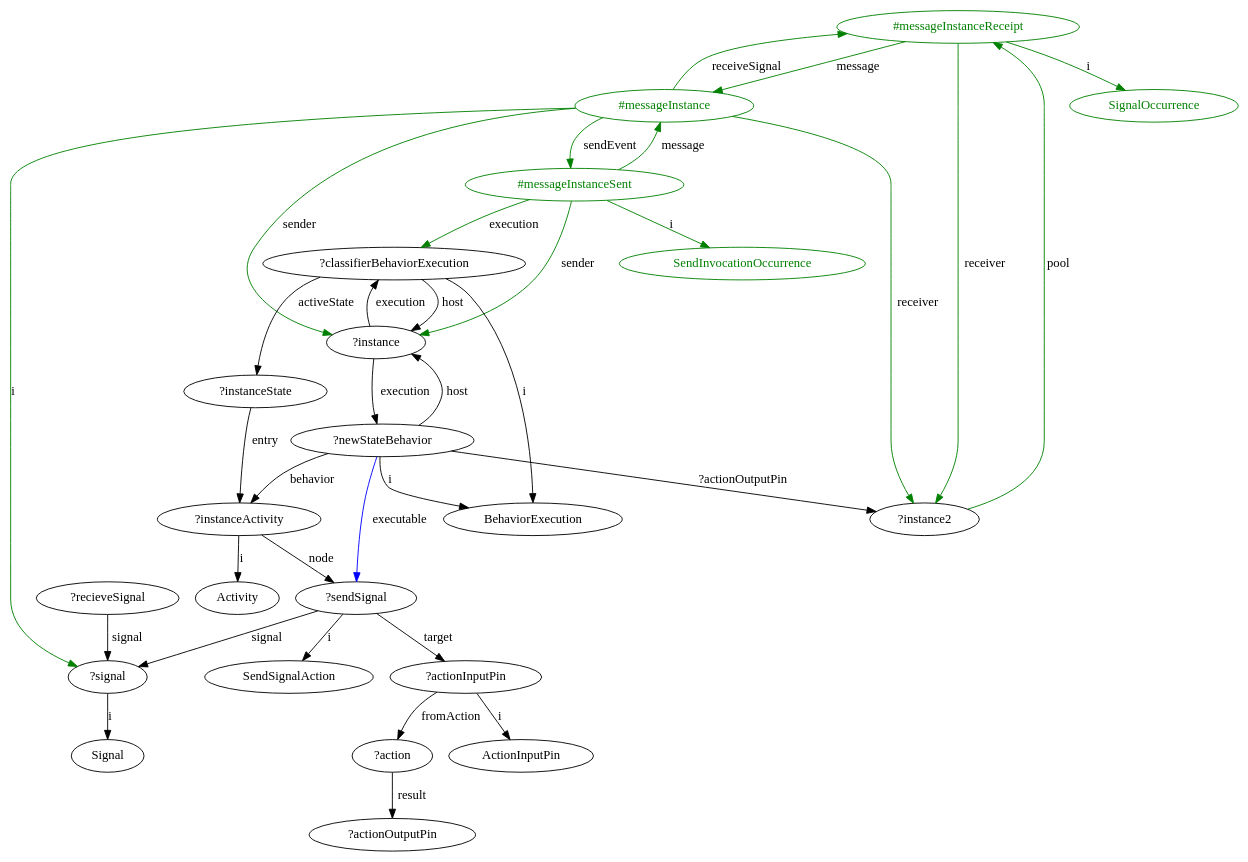
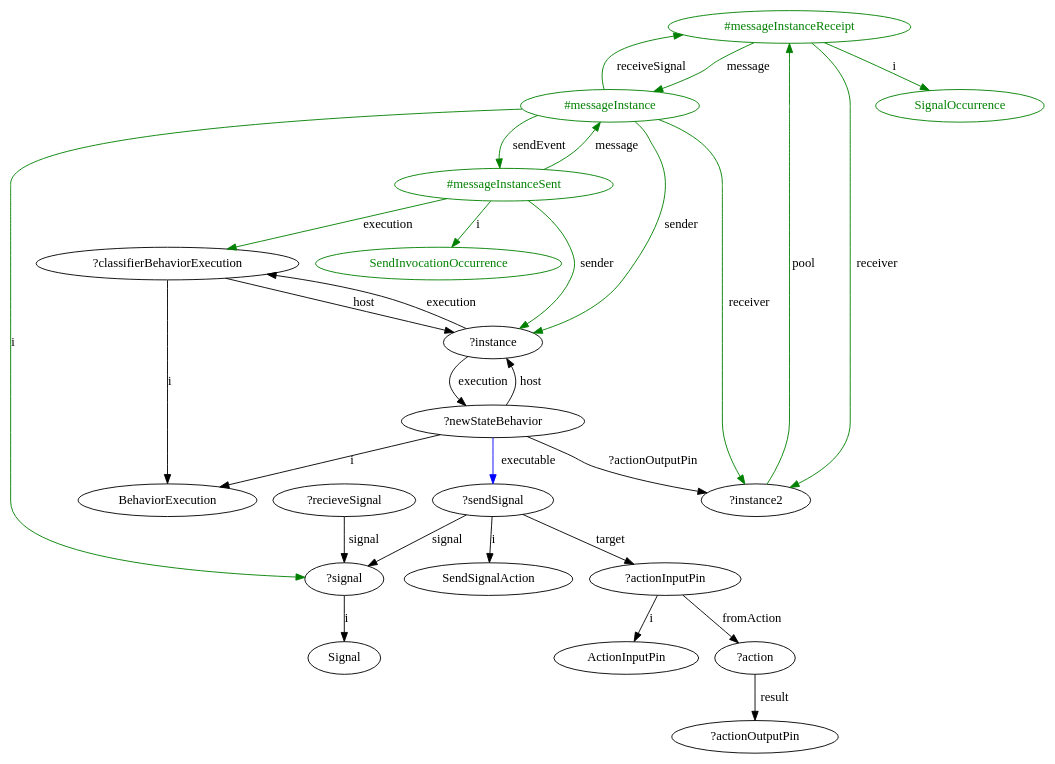
Before and after one commit to luisneiva/graf-framework: the diagram in GraphOutputs/sendSignalAction.dot, drawn with Graphviz. The commit also changed 14 other files, not shown here.

```diff
--- a/GraphOutputs/sendSignalAction.dot
+++ b/GraphOutputs/sendSignalAction.dot
@@ -1,55 +1,50 @@
 digraph sendSignalAction {
 	"#messageInstanceReceipt" -> "#messageInstance" [label="message", color="green"]
 	"#messageInstanceReceipt" [color="green", fontcolor="green"]
 	"#messageInstance" [color="green", fontcolor="green"]
 	"#messageInstance" -> "#messageInstanceReceipt" [label="receiveSignal", color="green"]
 	"#messageInstance" [color="green", fontcolor="green"]
 	"#messageInstanceReceipt" [color="green", fontcolor="green"]
 	"#messageInstance" -> "#messageInstanceSent" [label="sendEvent", color="green"]
 	"#messageInstance" [color="green", fontcolor="green"]
 	"#messageInstanceSent" [color="green", fontcolor="green"]
 	"#messageInstanceSent" -> "#messageInstance" [label="message", color="green"]
 	"#messageInstanceSent" [color="green", fontcolor="green"]
 	"#messageInstance" [color="green", fontcolor="green"]
 	"#messageInstanceReceipt" -> "SignalOccurrence" [label="i", color="green"]
 	"#messageInstanceReceipt" [color="green", fontcolor="green"]
 	"SignalOccurrence" [color="green", fontcolor="green"]
 	"#messageInstanceSent" -> "SendInvocationOccurrence" [label="i", color="green"]
 	"#messageInstanceSent" [color="green", fontcolor="green"]
 	"SendInvocationOccurrence" [color="green", fontcolor="green"]
 	"?instance" -> "?newStateBehavior" [label="execution"]
 	"?newStateBehavior" -> "?instance" [label="host"]
 	"?classifierBehaviorExecution" -> "?instance" [label="host"]
 	"?instance" -> "?classifierBehaviorExecution" [label="execution"]
 	"?classifierBehaviorExecution" -> "BehaviorExecution" [label="i"]
 	"?newStateBehavior" -> "BehaviorExecution" [label="i"]
 	"?recieveSignal" -> "?signal" [label="signal"]
 	"?signal" -> "Signal" [label="i"]
 	"?actionInputPin" -> "ActionInputPin" [label="i"]
 	"?actionInputPin" -> "?action" [label="fromAction"]
 	"?action" -> "?actionOutputPin" [label="result"]
 	"?sendSignal" -> "?actionInputPin" [label="target"]
 	"?sendSignal" -> "SendSignalAction" [label="i"]
-	"?instanceActivity" -> "Activity" [label="i"]
-	"?instanceState" -> "?instanceActivity" [label="entry"]
-	"?newStateBehavior" -> "?instanceActivity" [label="behavior"]
-	"?classifierBehaviorExecution" -> "?instanceState" [label="activeState"]
-	"?instanceActivity" -> "?sendSignal" [label="node"]
 	"?sendSignal" -> "?signal" [label="signal"]
 	"?newStateBehavior" -> "?instance2" [label="?actionOutputPin"]
 	"#messageInstance" -> "?instance2" [label="receiver", color="green"]
 	"#messageInstance" [color="green", fontcolor="green"]
 	"#messageInstanceSent" -> "?classifierBehaviorExecution" [label="execution", color="green"]
 	"#messageInstanceSent" [color="green", fontcolor="green"]
 	"#messageInstanceSent" -> "?instance" [label="sender", color="green"]
 	"#messageInstanceSent" [color="green", fontcolor="green"]
 	"?instance2" -> "#messageInstanceReceipt" [label="pool", color="green"]
 	"#messageInstanceReceipt" [color="green", fontcolor="green"]
 	"#messageInstanceReceipt" -> "?instance2" [label="receiver", color="green"]
 	"#messageInstanceReceipt" [color="green", fontcolor="green"]
 	"#messageInstance" -> "?signal" [label="i", color="green"]
 	"#messageInstance" [color="green", fontcolor="green"]
 	"#messageInstance" -> "?instance" [label="sender", color="green"]
 	"#messageInstance" [color="green", fontcolor="green"]
 	"?newStateBehavior" -> "?sendSignal" [label="executable", color="blue"]
 }
```
